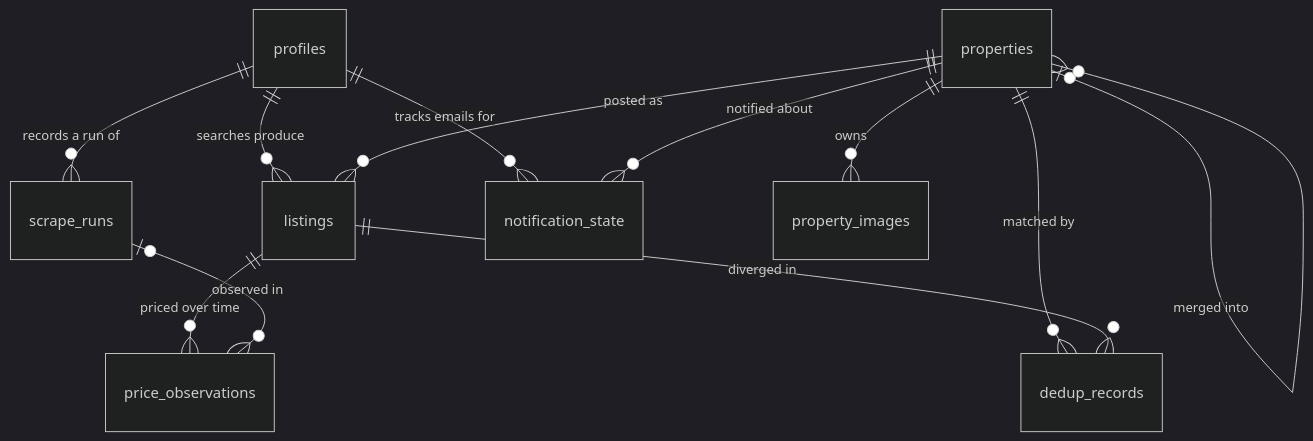
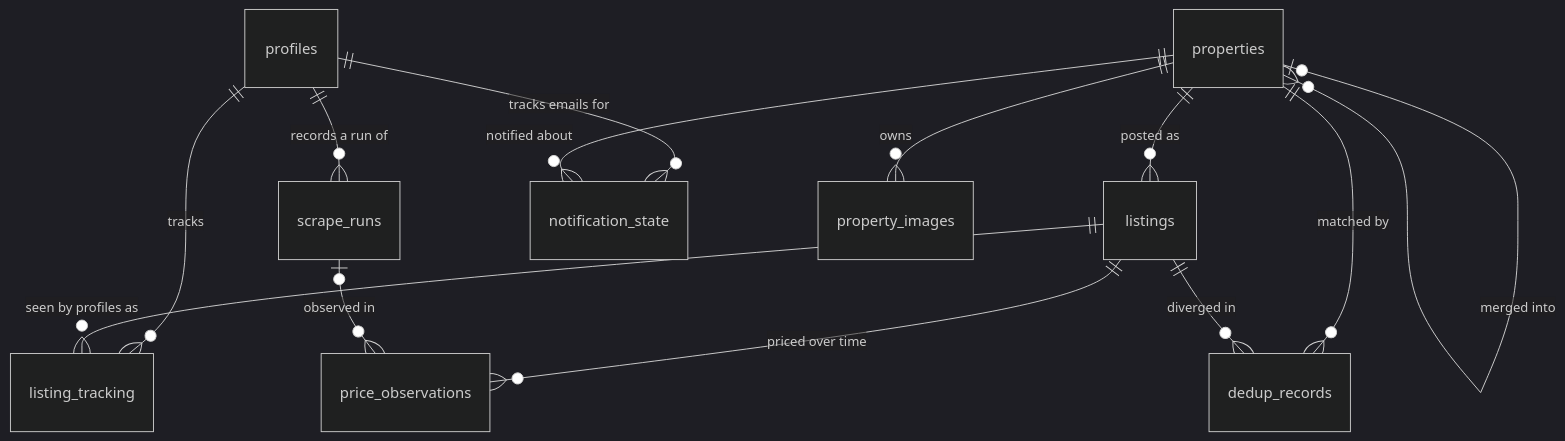
Before and after one commit to schrodlm/rentczecher: the diagram in SCHEMA.md, drawn with Mermaid (dark theme). The commit also changed other lines of this file and 2 other files, not shown here.

Commit message:
Bring the docs up to date with the SQLite pipeline

````diff
--- a/SCHEMA.md
+++ b/SCHEMA.md
@@ -28,14 +28,15 @@
 ```mermaid
 erDiagram
-    profiles   ||--o{ listings           : "searches produce"
+    profiles   ||--o{ listing_tracking   : "tracks"
+    listings   ||--o{ listing_tracking   : "seen by profiles as"
     profiles   ||--o{ scrape_runs         : "records a run of"
     profiles   ||--o{ notification_state  : "tracks emails for"
     properties ||--o{ listings            : "posted as"
     properties ||--o{ property_images     : "owns"
     properties ||--o{ dedup_records       : "matched by"
     properties ||--o{ notification_state  : "notified about"
     properties |o--o{ properties          : "merged into"
     listings   ||--o{ price_observations  : "priced over time"
     listings   ||--o{ dedup_records       : "diverged in"
     scrape_runs |o--o{ price_observations : "observed in"
 ```
````
